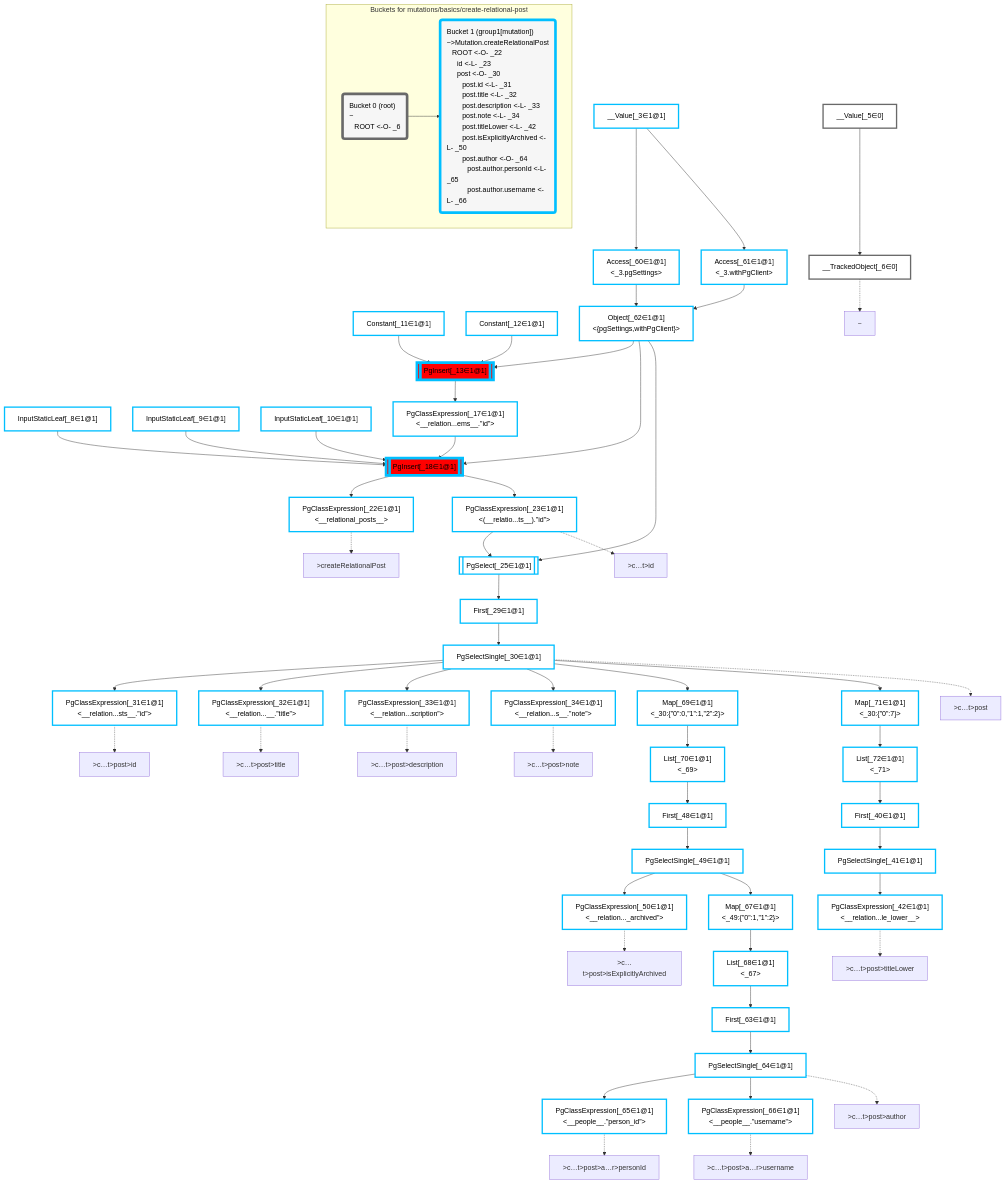
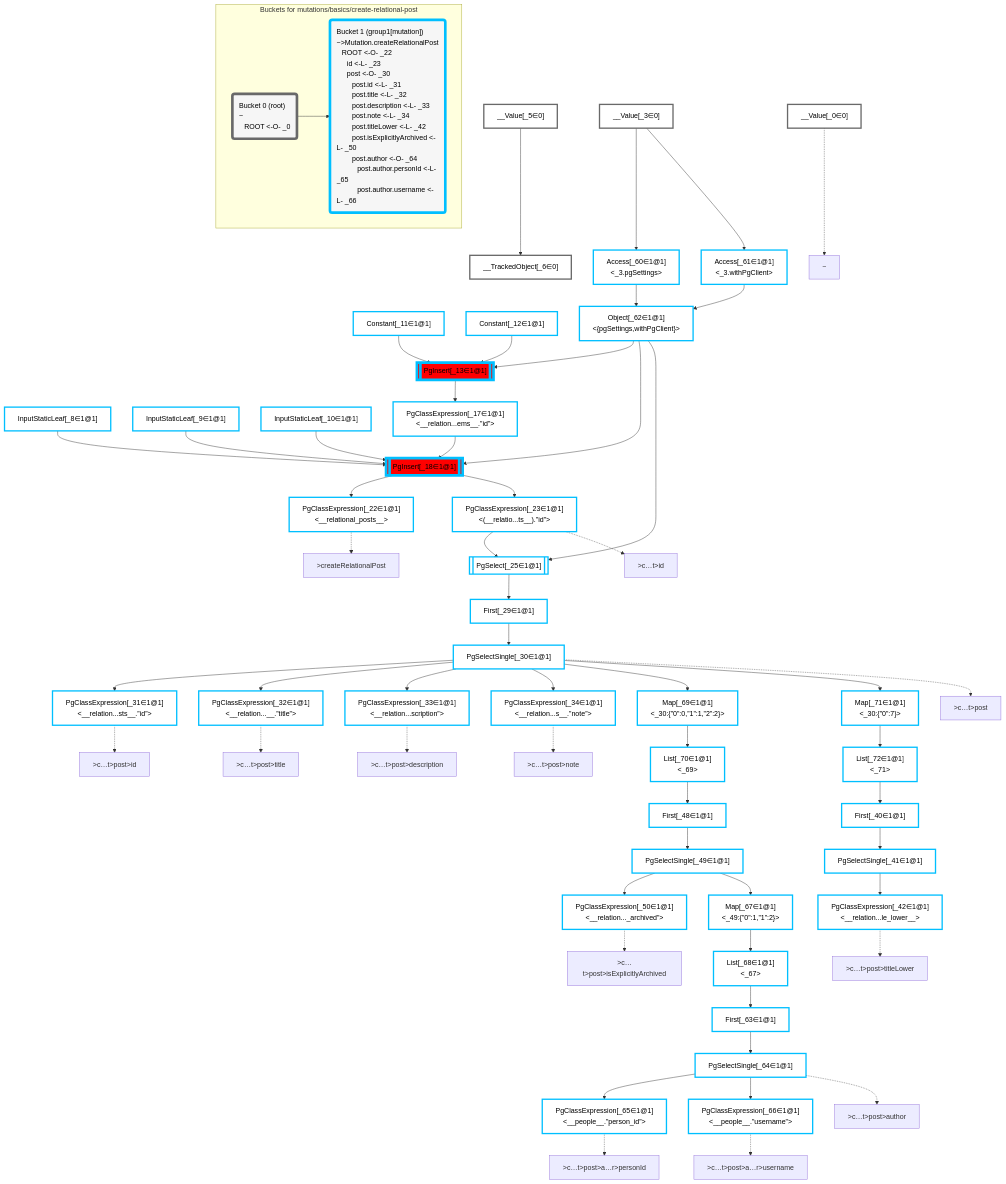
The diagram in packages/dataplan-pg/__tests__/mutations/basics/create-relational-post.mermaid.md (graphile/crystal), drawn with Mermaid before and after one commit. The commit also changed 193 other files, not shown here.

Commit message:
Update test plan snapshots with new root plan

```diff
--- a/packages/dataplan-pg/__tests__/mutations/basics/create-relational-post.mermaid.md
+++ b/packages/dataplan-pg/__tests__/mutations/basics/create-relational-post.mermaid.md
@@ -8,7 +8,8 @@
 
 
     %% define plans
-    __Value_3["__Value[_3∈1@1]<br /><context>"]:::plan
+    __Value_0["__Value[_0∈0]"]:::plan
+    __Value_3["__Value[_3∈0]<br /><context>"]:::plan
     __Value_5["__Value[_5∈0]<br /><rootValue>"]:::plan
     __TrackedObject_6["__TrackedObject[_6∈0]"]:::plan
     InputStaticLeaf_8["InputStaticLeaf[_8∈1@1]"]:::plan
@@ -91,8 +92,8 @@
     Map_71 --> List_72
 
     %% plan-to-path relationships
-    P_6["~"]
-    __TrackedObject_6 -.-> P_6
+    P_0["~"]
+    __Value_0 -.-> P_0
     P_22[">createRelationalPost"]
     PgClassExpression_22 -.-> P_22
     P_23[">c…t>id"]
@@ -120,12 +121,12 @@
 
     %% allocate buckets
     classDef bucket0 stroke:#696969
-    class __Value_5,__TrackedObject_6 bucket0
+    class __Value_0,__Value_3,__Value_5,__TrackedObject_6 bucket0
     classDef bucket1 stroke:#00bfff
-    class __Value_3,InputStaticLeaf_8,InputStaticLeaf_9,InputStaticLeaf_10,Constant_11,Constant_12,PgInsert_13,PgClassExpression_17,PgInsert_18,PgClassExpression_22,PgClassExpression_23,PgSelect_25,First_29,PgSelectSingle_30,PgClassExpression_31,PgClassExpression_32,PgClassExpression_33,PgClassExpression_34,First_40,PgSelectSingle_41,PgClassExpression_42,First_48,PgSelectSingle_49,PgClassExpression_50,Access_60,Access_61,Object_62,First_63,PgSelectSingle_64,PgClassExpression_65,PgClassExpression_66,Map_67,List_68,Map_69,List_70,Map_71,List_72 bucket1
+    class InputStaticLeaf_8,InputStaticLeaf_9,InputStaticLeaf_10,Constant_11,Constant_12,PgInsert_13,PgClassExpression_17,PgInsert_18,PgClassExpression_22,PgClassExpression_23,PgSelect_25,First_29,PgSelectSingle_30,PgClassExpression_31,PgClassExpression_32,PgClassExpression_33,PgClassExpression_34,First_40,PgSelectSingle_41,PgClassExpression_42,First_48,PgSelectSingle_49,PgClassExpression_50,Access_60,Access_61,Object_62,First_63,PgSelectSingle_64,PgClassExpression_65,PgClassExpression_66,Map_67,List_68,Map_69,List_70,Map_71,List_72 bucket1
 
     subgraph "Buckets for mutations/basics/create-relational-post"
-    Bucket0("Bucket 0 (root)<br />~<br />⠀ROOT <-O- _6"):::bucket
+    Bucket0("Bucket 0 (root)<br />~<br />⠀ROOT <-O- _0"):::bucket
     style Bucket0 stroke:#696969
     Bucket1("Bucket 1 (group1[mutation])<br />~>Mutation.createRelationalPost<br />⠀ROOT <-O- _22<br />⠀⠀id <-L- _23<br />⠀⠀post <-O- _30<br />⠀⠀⠀post.id <-L- _31<br />⠀⠀⠀post.title <-L- _32<br />⠀⠀⠀post.description <-L- _33<br />⠀⠀⠀post.note <-L- _34<br />⠀⠀⠀post.titleLower <-L- _42<br />⠀⠀⠀post.isExplicitlyArchived <-L- _50<br />⠀⠀⠀post.author <-O- _64<br />⠀⠀⠀⠀post.author.personId <-L- _65<br />⠀⠀⠀⠀post.author.username <-L- _66"):::bucket
     style Bucket1 stroke:#00bfff
```
